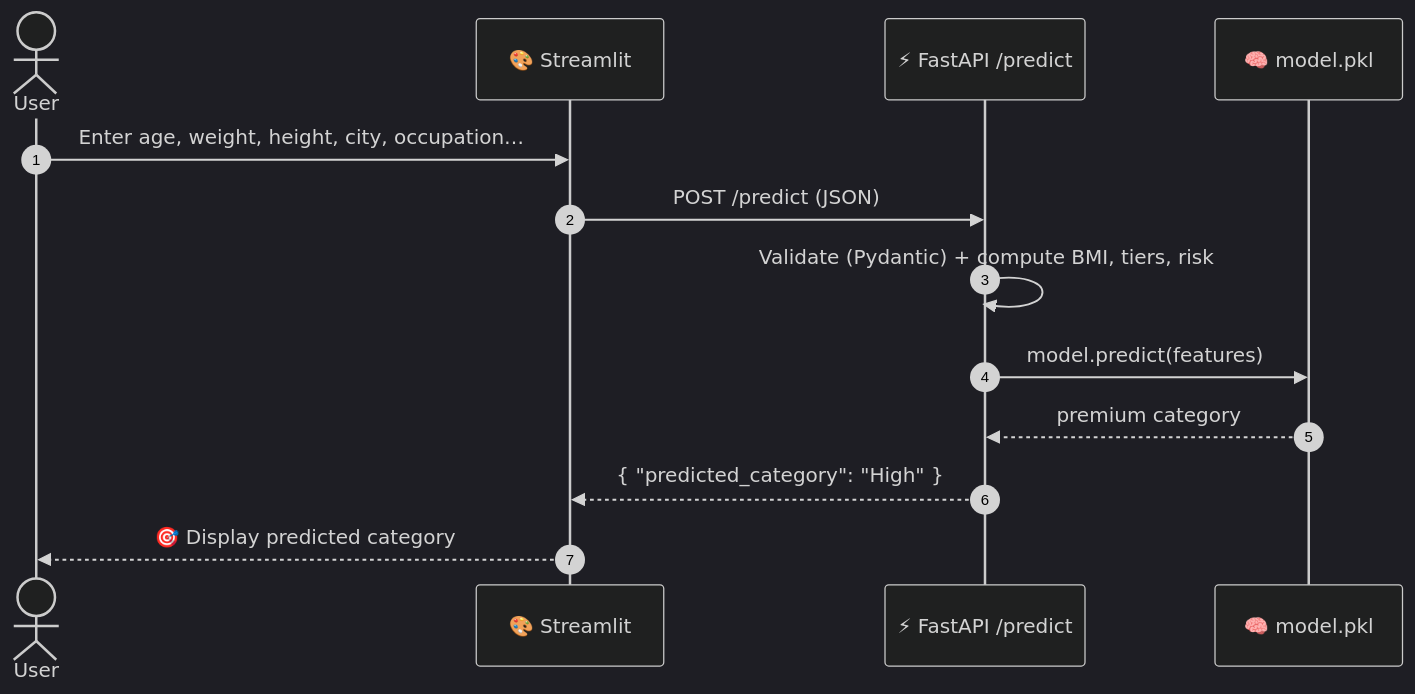
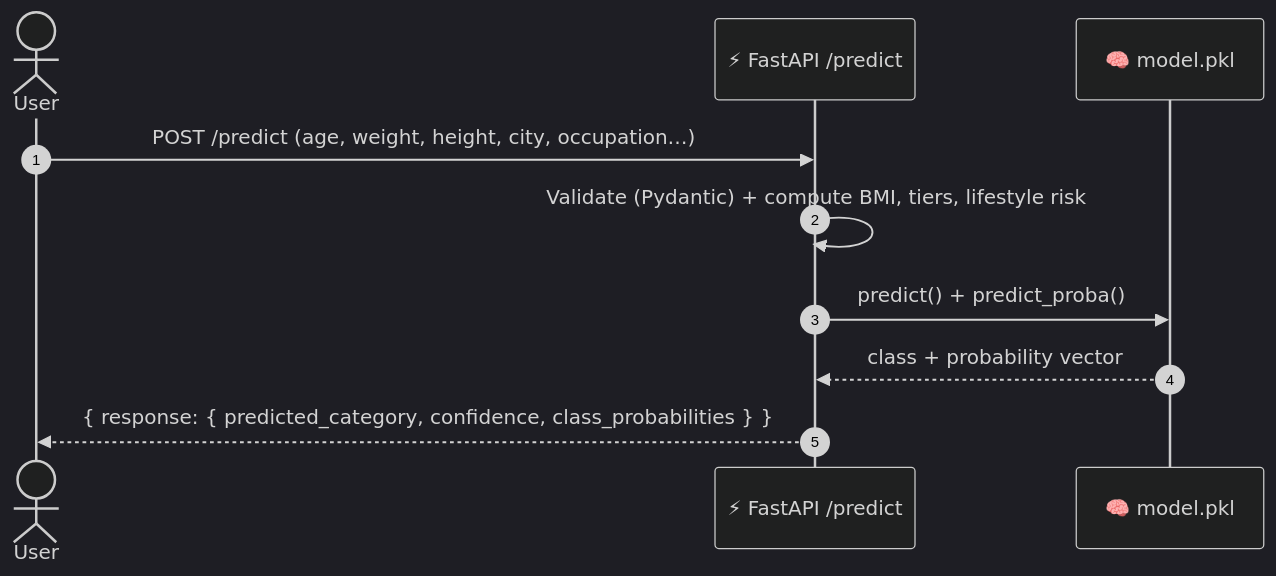
The second of 3 diagrams in README.md (Amith-Ganta/FastAPI-ML-Docker-AWS), drawn with Mermaid (dark theme) before and after one commit. The commit also changed other lines of this file and 8 other files, not shown here.

````diff
--- a/README.md
+++ b/README.md
@@ -198,16 +107,13 @@
 ```mermaid
 sequenceDiagram
     autonumber
     actor User
-    participant FE as 🎨 Streamlit
     participant API as ⚡ FastAPI /predict
     participant Model as 🧠 model.pkl
 
-    User->>FE: Enter age, weight, height, city, occupation…
-    FE->>API: POST /predict (JSON)
-    API->>API: Validate (Pydantic) + compute BMI, tiers, risk
-    API->>Model: model.predict(features)
-    Model-->>API: premium category
-    API-->>FE: { "predicted_category": "High" }
-    FE-->>User: 🎯 Display predicted category
+    User->>API: POST /predict (age, weight, height, city, occupation…)
+    API->>API: Validate (Pydantic) + compute BMI, tiers, lifestyle risk
+    API->>Model: predict() + predict_proba()
+    Model-->>API: class + probability vector
+    API-->>User: { response: { predicted_category, confidence, class_probabilities } }
 ```
````
